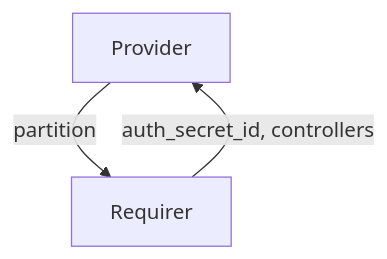
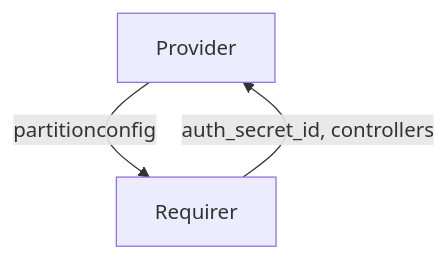
The diagram in internal/slurmd-interface/README.md (charmed-hpc/slurm-charms), drawn with Mermaid before and after one commit. The commit also changed other lines of this file and 5 other files, not shown here.

````diff
--- a/internal/slurmd-interface/README.md
+++ b/internal/slurmd-interface/README.md
@@ -29,5 +31,8 @@
 ```mermaid
 flowchart TD
-    Provider -- partition --> Requirer
-    Requirer -- auth_secret_id, controllers --> Provider
+    A["Provider"]
+    B["Requirer"]
+
+    A -- partitionconfig --> B
+    B -- auth_secret_id, controllers --> A
 ```
````
